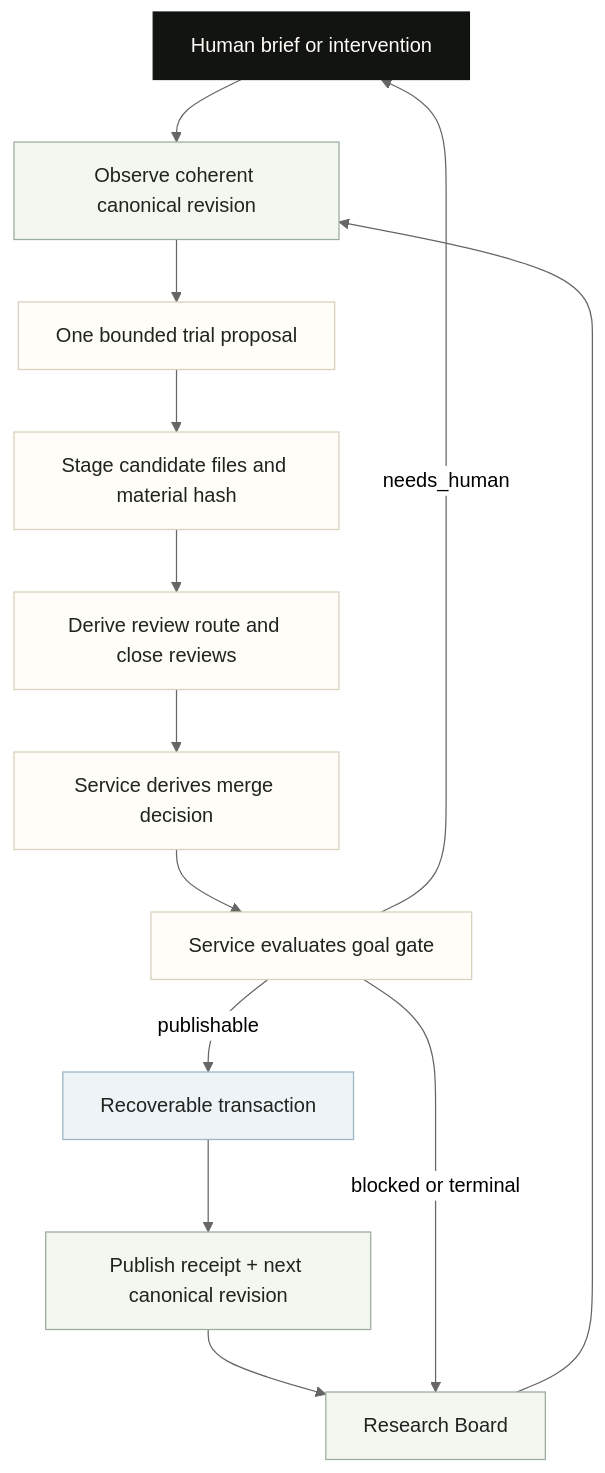
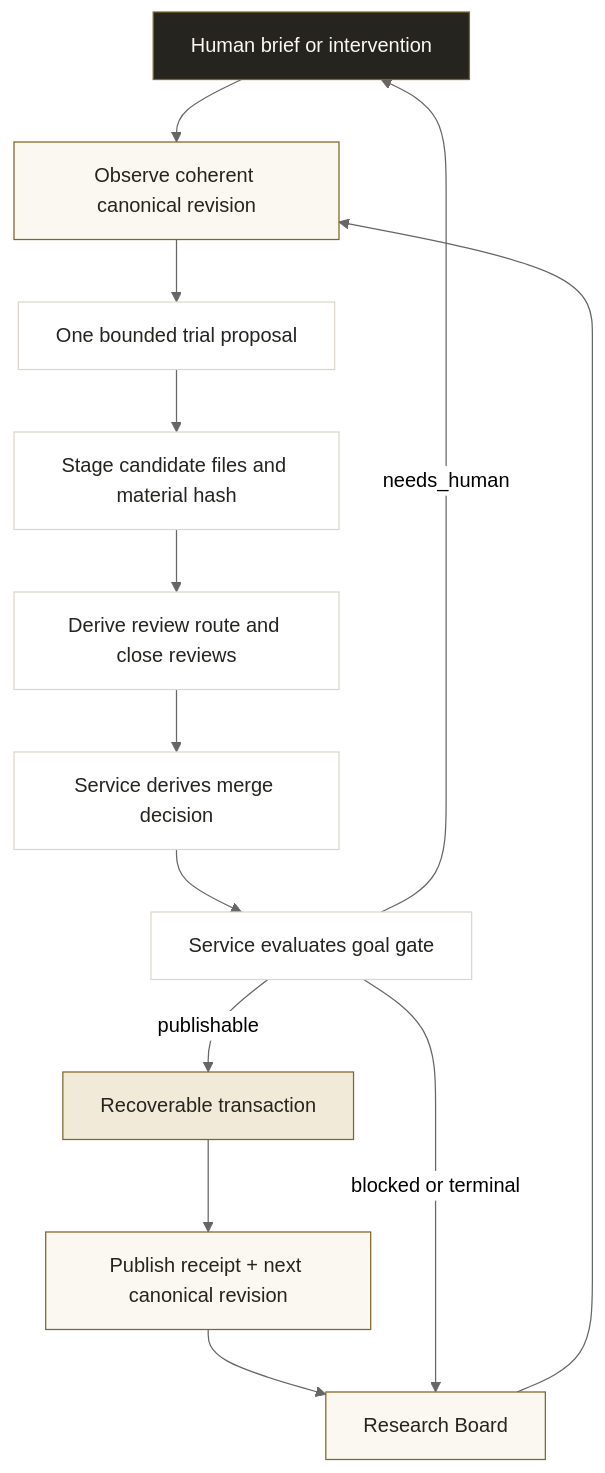
The diagram in docs/conceptual-framework.md (YihongT/CoAutoResearch), drawn with Mermaid (neutral theme) before and after one commit. The commit also changed other lines of this file and 8 other files, not shown here.

````diff
--- a/docs/conceptual-framework.md
+++ b/docs/conceptual-framework.md
@@ -14,25 +24,25 @@
 ```{mermaid}
 flowchart TD
   H["Human brief or intervention"] --> O["Observe coherent canonical revision"]
   O --> T["One bounded trial proposal"]
   T --> S["Stage candidate files and material hash"]
   S --> R["Derive review route and close reviews"]
   R --> M["Service derives merge decision"]
   M --> G["Service evaluates goal gate"]
   G -->|publishable| X["Recoverable transaction"]
   X --> P["Publish receipt + next canonical revision"]
   P --> B["Research Board"]
   B --> O
   G -->|needs_human| H
   G -->|blocked or terminal| B
 
-  classDef human fill:#111411,color:#fffdf6,stroke:#111411;
-  classDef truth fill:#f4f7ef,stroke:#9aac9b,color:#20231f;
-  classDef trial fill:#fffdf7,stroke:#d8cfbd,color:#20231f;
-  classDef output fill:#edf3f6,stroke:#9bb4c2,color:#20231f;
+  classDef human fill:#26241f,color:#faf8f1,stroke:#826528;
+  classDef truth fill:#faf8f1,stroke:#826528,color:#26241f;
+  classDef trial fill:#ffffff,stroke:#ddd7c9,color:#26241f;
+  classDef output fill:#f1ead8,stroke:#826528,color:#26241f;
 
   class H human;
   class O,P,B truth;
   class T,S,R,M,G trial;
   class X output;
 ```
````
